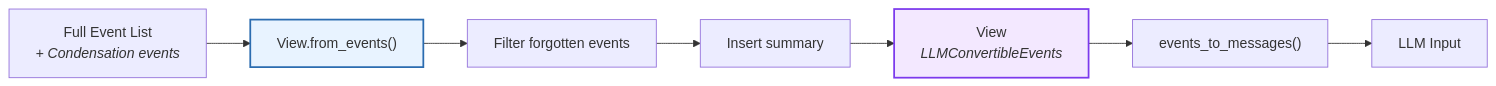
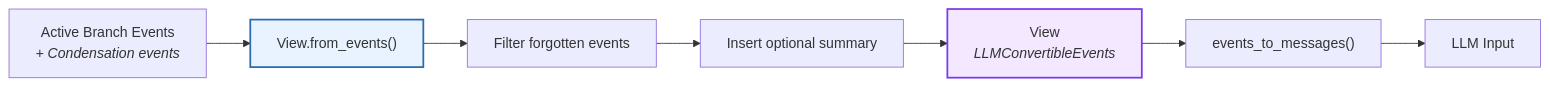
Before and after one commit to OpenHands/docs: the ninth of 12 diagrams in sdk/arch/condenser.mdx, drawn with Mermaid. The commit also changed other lines of this file and 2 other files, not shown here.

````diff
--- a/sdk/arch/condenser.mdx
+++ b/sdk/arch/condenser.mdx
@@ -260,21 +304,21 @@
 ```mermaid
 %%{init: {"theme": "default", "flowchart": {"nodeSpacing": 30}} }%%
 flowchart LR
-    Events["Full Event List<br><i>+ Condensation events</i>"]
+    Events["Active Branch Events<br><i>+ Condensation events</i>"]
     FromEvents["View.from_events()"]
     Filter["Filter forgotten events"]
-    Insert["Insert summary"]
+    Insert["Insert optional summary"]
     View["View<br><i>LLMConvertibleEvents</i>"]
     Convert["events_to_messages()"]
     LLM["LLM Input"]
     
     Events --> FromEvents
     FromEvents --> Filter
     Filter --> Insert
     Insert --> View
     View --> Convert
     Convert --> LLM
     
     style View fill:#f3e8ff,stroke:#7c3aed,stroke-width:2px
     style FromEvents fill:#e8f3ff,stroke:#2b6cb0,stroke-width:2px
 ```
````
